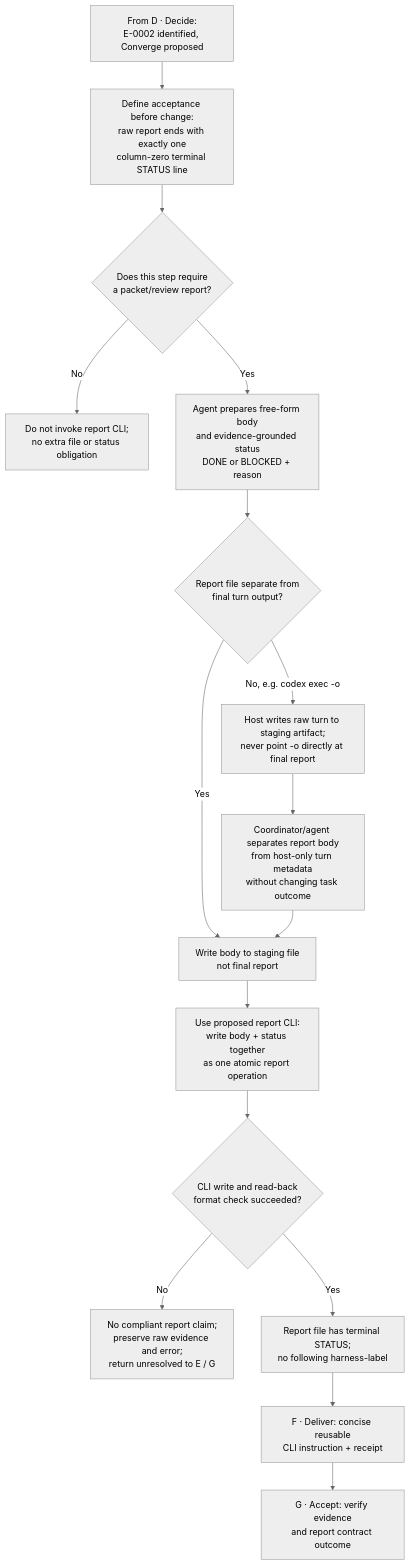
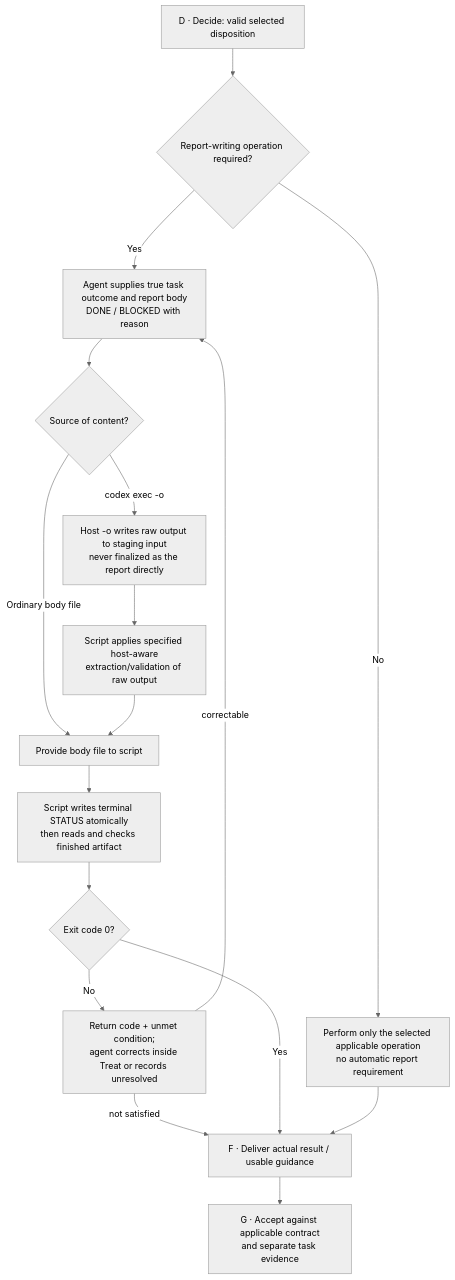
Before and after one commit to dyphn1/Harness-everything: the first of 2 diagrams in docs/discussions/error-handling/details/e0002-report-writer.md, drawn with Mermaid (neutral theme). The commit also changed other lines of this file, not shown here.

Commit message:
docs(error-handling): align E-0002 Level 3 script, -o and failure returns

````diff
--- a/docs/discussions/error-handling/details/e0002-report-writer.md
+++ b/docs/discussions/error-handling/details/e0002-report-writer.md
@@ -15,18 +15,19 @@
 ```mermaid
 flowchart TD
-    INPUT["From D · Decide:<br/>E-0002 identified, Converge proposed"] --> CONTRACT["Define acceptance before change:<br/>raw report ends with exactly one<br/>column-zero terminal STATUS line"]
-    CONTRACT --> NEED{"Does this step require<br/>a packet/review report?"}
-    NEED -->|No| N["Do not invoke report CLI;<br/>no extra file or status obligation"]
-    NEED -->|Yes| AUTHOR["Agent prepares free-form body<br/>and evidence-grounded status<br/>DONE or BLOCKED + reason"]
-    AUTHOR --> CH{"Report file separate from<br/>final turn output?"}
-    CH -->|Yes| STAGE["Write body to staging file<br/>not final report"]
-    CH -->|No, e.g. codex exec -o| HOST["Host writes raw turn to staging artifact;<br/>never point -o directly at final report"]
-    HOST --> PREP["Coordinator/agent separates report body<br/>from host-only turn metadata<br/>without changing task outcome"]
-    PREP --> STAGE
-    STAGE --> WRITE["Use proposed report CLI:<br/>write body + status together<br/>as one atomic report operation"]
-    WRITE --> OK{"CLI write and read-back<br/>format check succeeded?"}
-    OK -->|No| FAIL["No compliant report claim;<br/>preserve raw evidence and error;<br/>return unresolved to E / G"]
-    OK -->|Yes| RESULT["Report file has terminal STATUS;<br/>no following harness-label"]
-    RESULT --> F["F · Deliver: concise reusable<br/>CLI instruction + receipt"]
-    F --> G["G · Accept: verify evidence<br/>and report contract outcome"]
+    INPUT["D · Decide: valid selected disposition"] --> NEED{"Report-writing operation required?"}
+    NEED -->|No| OTHER["Perform only the selected applicable operation<br/>no automatic report requirement"]
+    NEED -->|Yes| AUTHOR["Agent supplies true task outcome and report body<br/>DONE / BLOCKED with reason"]
+    AUTHOR --> SOURCE{"Source of content?"}
+    SOURCE -->|"Ordinary body file"| STAGE["Provide body file to script"]
+    SOURCE -->|"codex exec -o"| RAW["Host -o writes raw output to staging input<br/>never finalized as the report directly"]
+    RAW --> EXTRACT["Script applies specified host-aware<br/>extraction/validation of raw output"]
+    EXTRACT --> STAGE
+    STAGE --> WRITE["Script writes terminal STATUS atomically<br/>then reads and checks finished artifact"]
+    WRITE --> RC{"Exit code 0?"}
+    RC -->|No| ERR["Return code + unmet condition;<br/>agent corrects inside Treat or records unresolved"]
+    ERR -->|"correctable"| AUTHOR
+    ERR -->|"not satisfied"| F
+    RC -->|Yes| F["F · Deliver actual result / usable guidance"]
+    OTHER --> F
+    F --> G["G · Accept against applicable contract<br/>and separate task evidence"]
 ```
````
